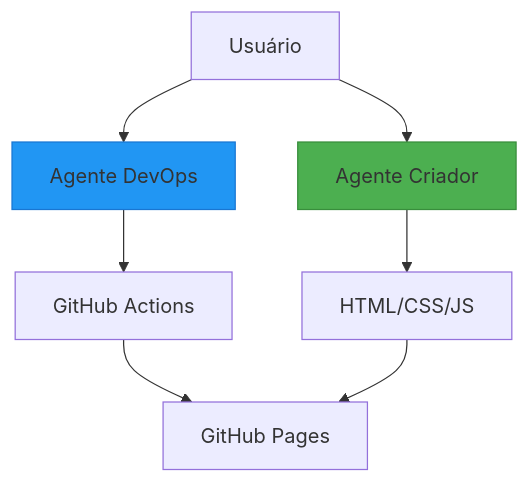
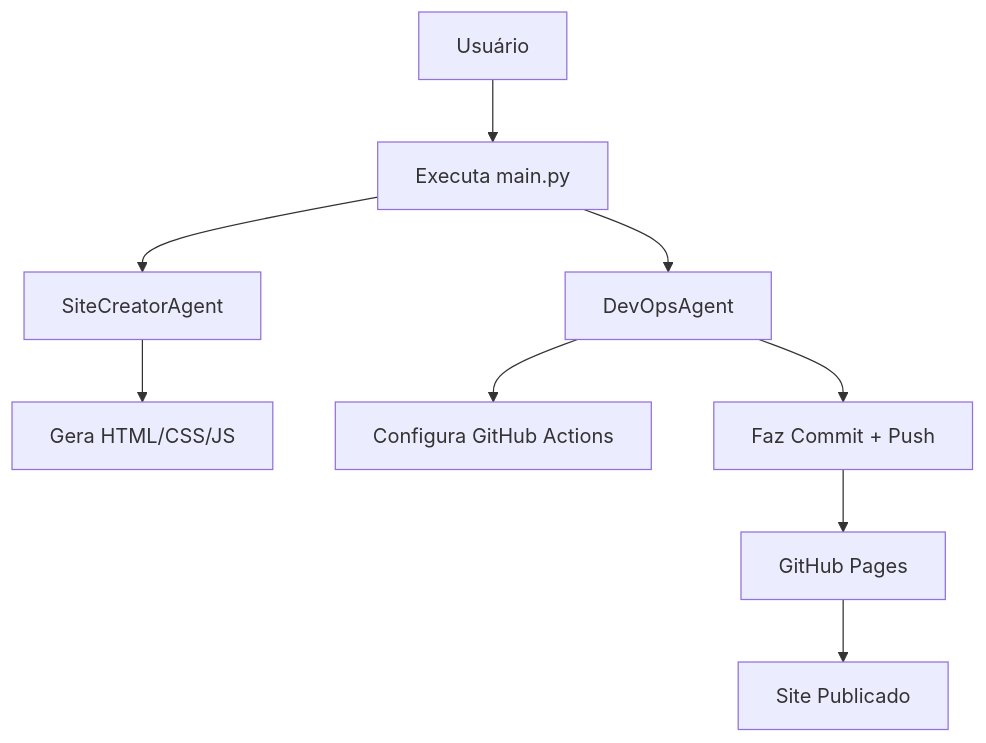
One commit to Jcnok/artigo-site-portifolio changed the diagram in README.md. Above: the diagram before and after it, drawn with Mermaid. The commit also changed other lines of this file and 10 other files, not shown here.

````diff
--- a/README.md
+++ b/README.md
@@ -60,11 +61,11 @@
 ```mermaid
 graph TD
-A[Usuário] --> B[Agente Criador]
-B --> C[HTML/CSS/JS]
-A --> D[Agente DevOps]
-D --> E[GitHub Actions]
-E --> F[GitHub Pages]
-C --> F
-style B fill:#4CAF50,stroke:#388E3C
-style D fill:#2196F3,stroke:#1976D2
+    A[Usuário] --> B[Executa main.py]
+    B --> C[SiteCreatorAgent]
+    C --> D[Gera HTML/CSS/JS]
+    B --> E[DevOpsAgent]
+    E --> F[Configura GitHub Actions]
+    E --> G[Faz Commit + Push]
+    G --> H[GitHub Pages]
+    H --> I[Site Publicado]
 ```
````
